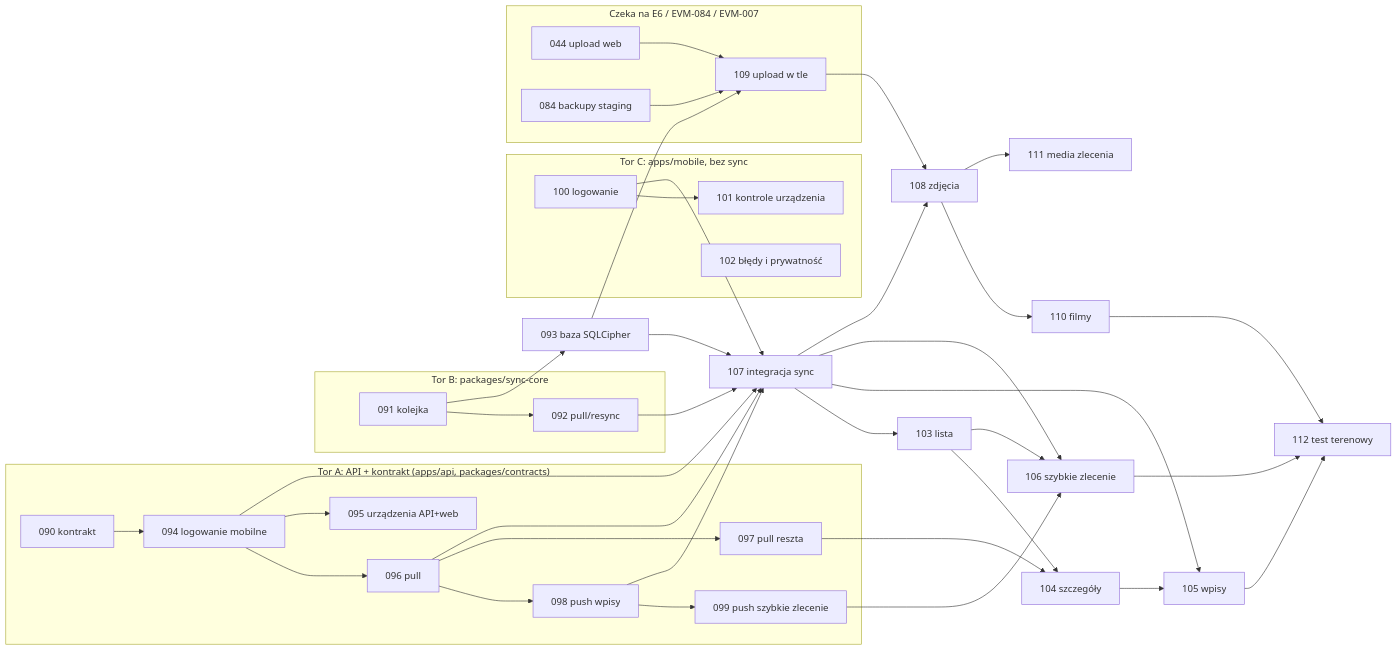
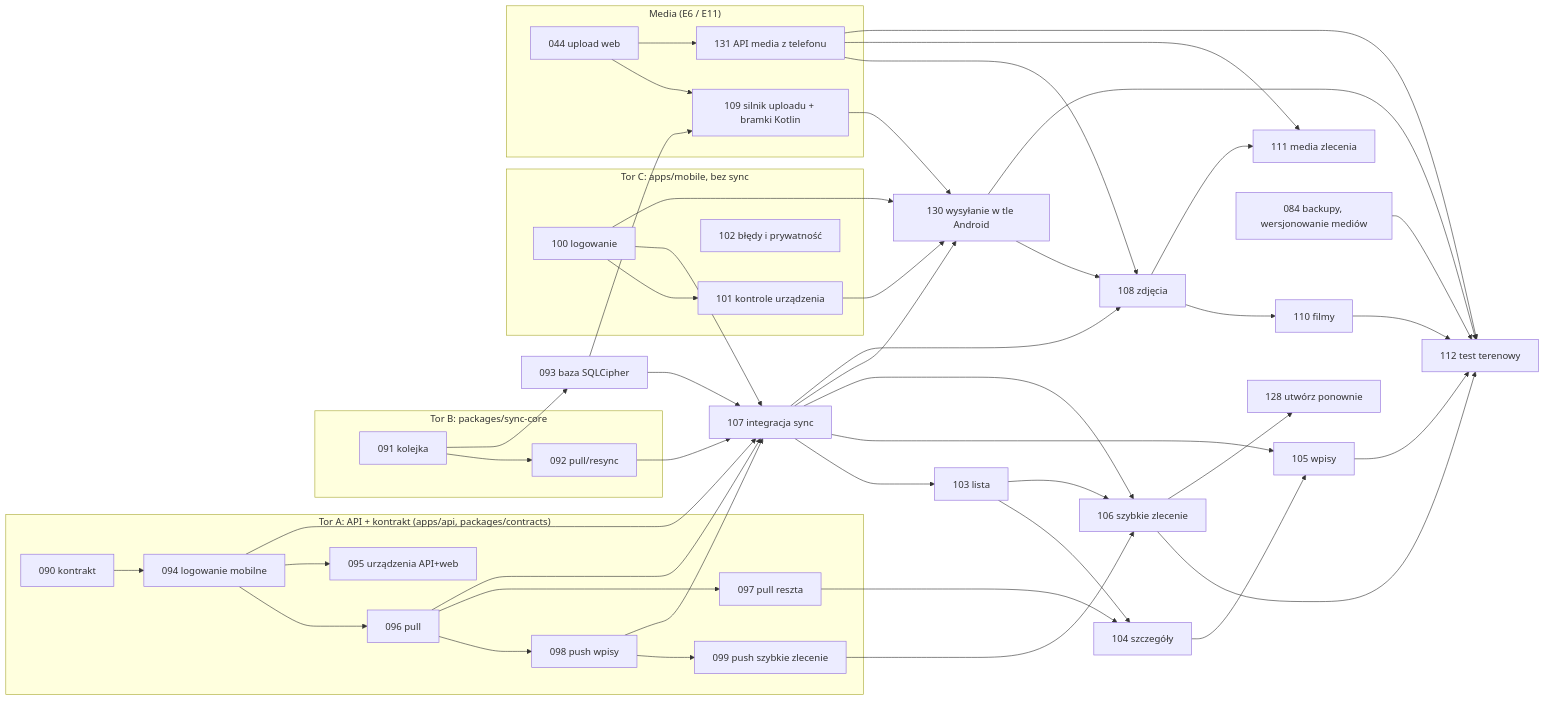
Before and after one commit to konradkluz/evia-manager: the diagram in docs/backlog/M2/README.md, drawn with Mermaid. The commit also changed other lines of this file and 145 other files, not shown here.

First line of the commit message:
feat(media): media from the phone - upload sessions for the mobile channel, CreateMediaAsset and media states in sync [EVM-131] (#141)

````diff
--- a/docs/backlog/M2/README.md
+++ b/docs/backlog/M2/README.md
@@ -59,33 +63,37 @@
 ```mermaid
 flowchart LR
   subgraph A["Tor A: API + kontrakt (apps/api, packages/contracts)"]
     E090[090 kontrakt] --> E094[094 logowanie mobilne]
     E094 --> E096[096 pull]
     E096 --> E098[098 push wpisy]
     E094 --> E095[095 urządzenia API+web]
     E096 --> E097[097 pull reszta]
     E098 --> E099[099 push szybkie zlecenie]
   end
   subgraph B["Tor B: packages/sync-core"]
     E091[091 kolejka] --> E092[092 pull/resync]
   end
   subgraph C["Tor C: apps/mobile, bez sync"]
     E100[100 logowanie] --> E101[101 kontrole urządzenia]
     E102[102 błędy i prywatność]
   end
   E091 --> E093[093 baza SQLCipher]
   E092 & E093 & E094 & E096 & E098 & E100 --> E107[107 integracja sync]
   E107 --> E103[103 lista] --> E104[104 szczegóły]
   E097 --> E104
   E104 & E107 --> E105[105 wpisy]
   E099 & E103 & E107 --> E106[106 szybkie zlecenie]
-  subgraph E6["Czeka na E6 / EVM-084 / EVM-007"]
-    E044[044 upload web] --> E109[109 upload w tle]
-    E084[084 backupy staging] --> E109
+  subgraph E6["Media (E6 / E11)"]
+    E044[044 upload web] --> E109[109 silnik uploadu + bramki Kotlin]
+    E044 --> E131[131 API media z telefonu]
   end
   E093 --> E109
-  E107 & E109 --> E108[108 zdjęcia]
+  E109 & E100 & E101 & E107 --> E130[130 wysyłanie w tle Android]
+  E107 & E130 & E131 --> E108[108 zdjęcia]
   E108 --> E110[110 filmy] --> E112[112 test terenowy]
-  E108 --> E111[111 media zlecenia]
+  E108 & E131 --> E111[111 media zlecenia]
+  E084[084 backupy, wersjonowanie mediów] --> E112
+  E130 & E131 --> E112
   E105 & E106 --> E112
+  E106 --> E128[128 utwórz ponownie]
 ```
````
